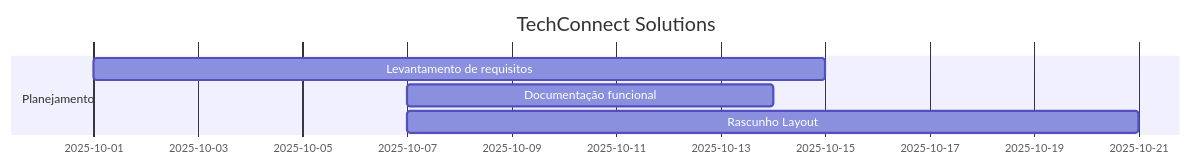
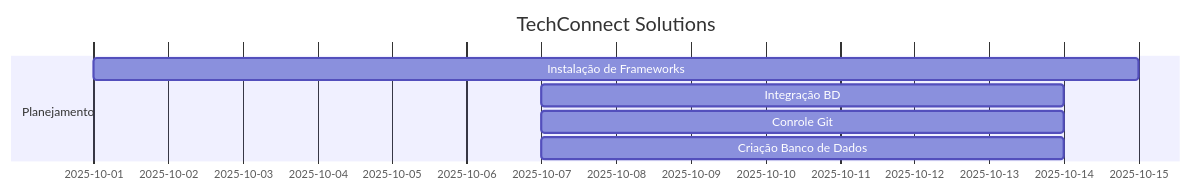
One commit to AnandaMazine/Grafico-Gantt changed the first of 3 diagrams in README.md. Above: the diagram before and after it, drawn with Mermaid.

````diff
--- a/README.md
+++ b/README.md
@@ -1,9 +1,10 @@
 ```mermaid
 gantt
 title TechConnect Solutions
 dateFormat YYYY-MM-DD
 section Planejamento
-Levantamento de requisitos:lr, 2025-10-01, 14d
-Documentação funcional:df, 2025-10-07, 7d
-Rascunho Layout: rl, 2025-10-07, 14d
+Instalação de Frameworks:if, 2025-10-01, 14d
+Integração BD:ib, 2025-10-07, 7d
+Conrole Git: cg, 2025-10-07, 7d
+Criação Banco de Dados:db, 2025-10-07, 7d
 ```
````
